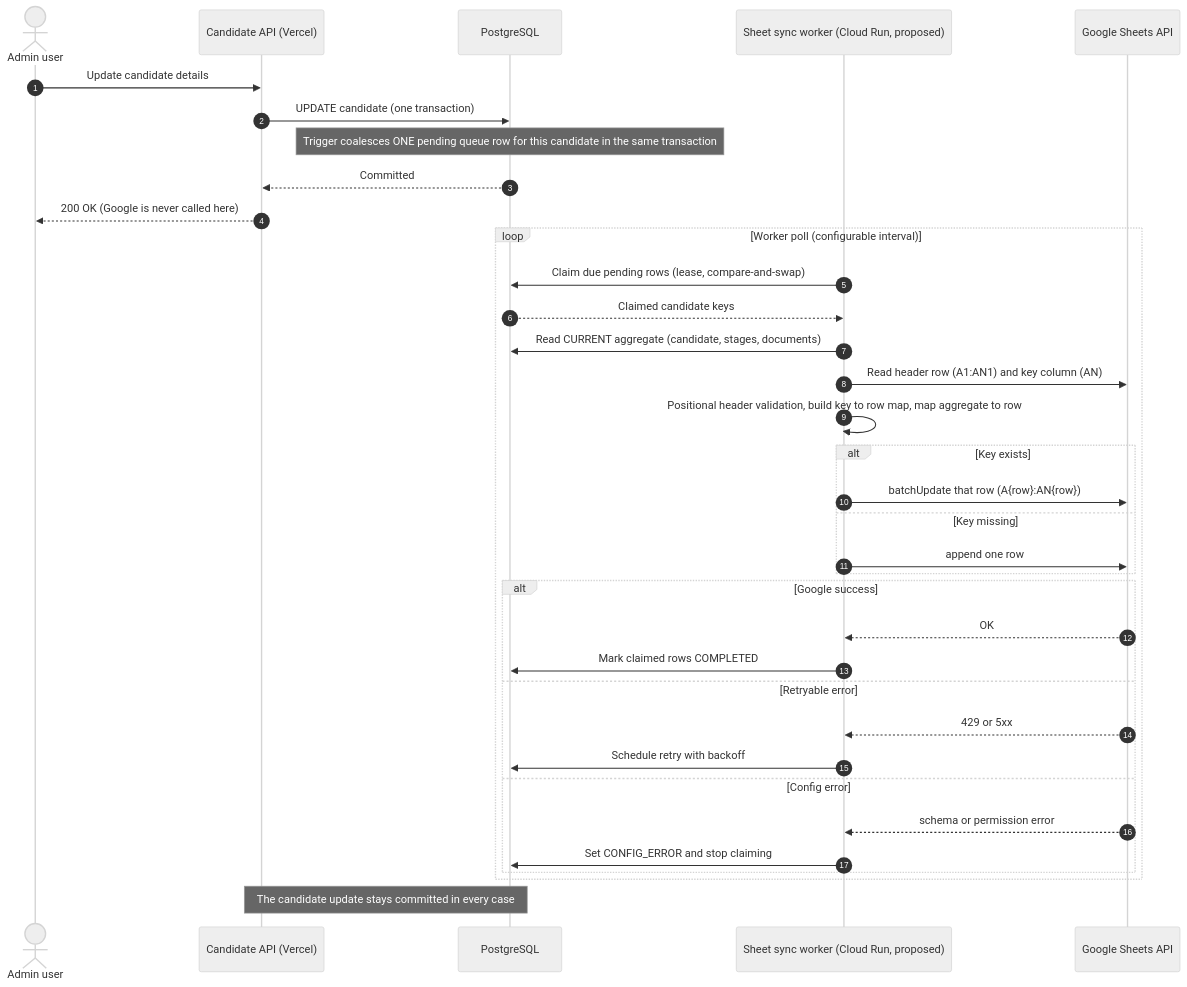
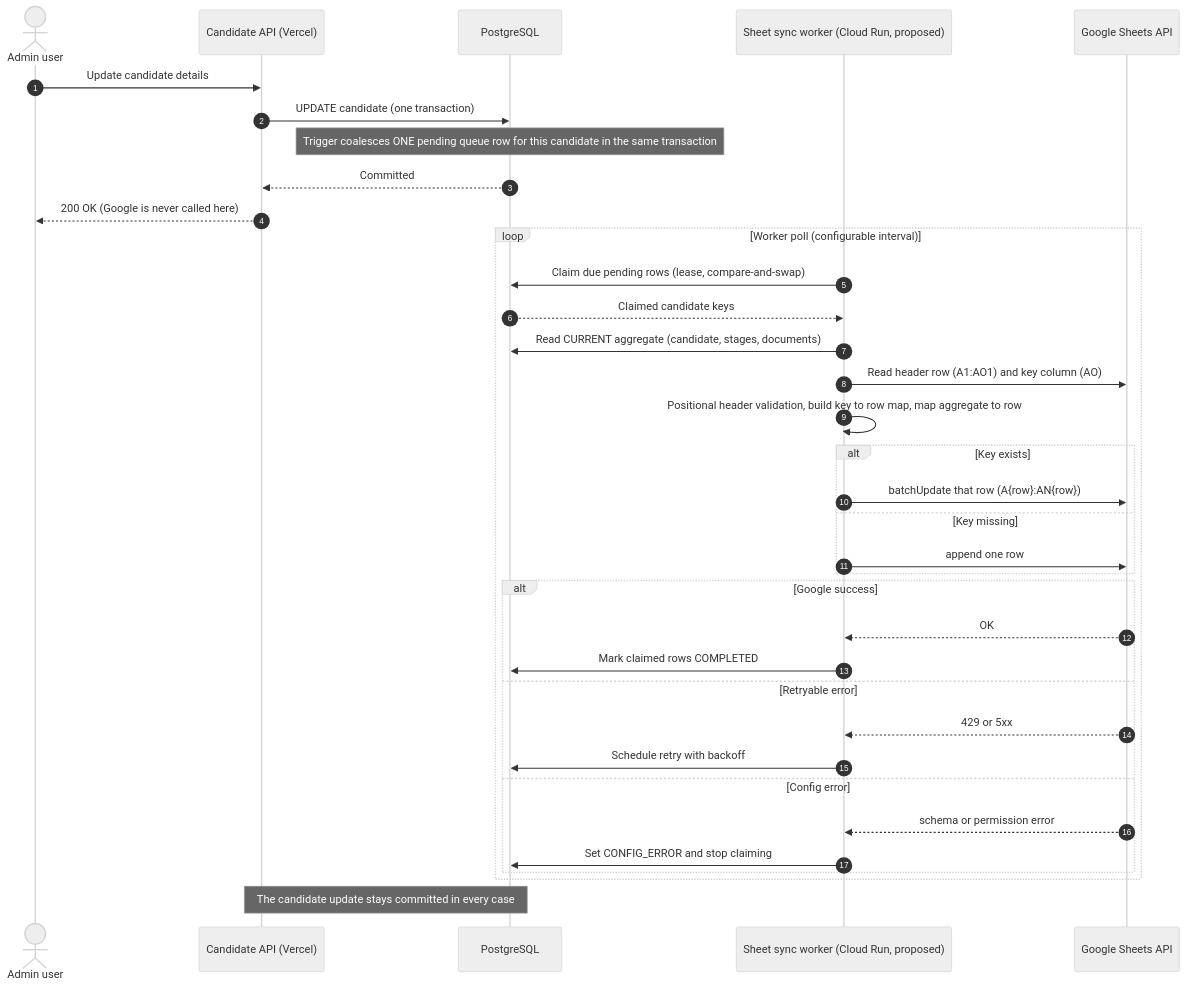
The third of 11 diagrams in Docs/GOOGLE_SHEET_CANDIDATE_SYNC_ARCHITECTURE.md (emlynk-pixel/EmlynkWABot), drawn with Mermaid (neutral theme) before and after one commit. The commit also changed other lines of this file and 33 other files, not shown here.

Commit message:
feat(admin): update candidate progress and registration flow

````diff
--- a/Docs/GOOGLE_SHEET_CANDIDATE_SYNC_ARCHITECTURE.md
+++ b/Docs/GOOGLE_SHEET_CANDIDATE_SYNC_ARCHITECTURE.md
@@ -539,39 +546,39 @@
 ```mermaid
 sequenceDiagram
     autonumber
     actor Admin as Admin user
     participant App as Candidate API (Vercel)
     participant DB as PostgreSQL
     participant Worker as Sheet sync worker (Cloud Run, proposed)
     participant G as Google Sheets API
 
     Admin->>App: Update candidate details
     App->>DB: UPDATE candidate (one transaction)
     Note over DB: Trigger coalesces ONE pending queue row for this candidate in the same transaction
     DB-->>App: Committed
     App-->>Admin: 200 OK (Google is never called here)
 
     loop Worker poll (configurable interval)
         Worker->>DB: Claim due pending rows (lease, compare-and-swap)
         DB-->>Worker: Claimed candidate keys
         Worker->>DB: Read CURRENT aggregate (candidate, stages, documents)
-        Worker->>G: Read header row (A1:AN1) and key column (AN)
+        Worker->>G: Read header row (A1:AO1) and key column (AO)
         Worker->>Worker: Positional header validation, build key to row map, map aggregate to row
         alt Key exists
             Worker->>G: batchUpdate that row (A{row}:AN{row})
         else Key missing
             Worker->>G: append one row
         end
         alt Google success
             G-->>Worker: OK
             Worker->>DB: Mark claimed rows COMPLETED
         else Retryable error
             G-->>Worker: 429 or 5xx
             Worker->>DB: Schedule retry with backoff
         else Config error
             G-->>Worker: schema or permission error
             Worker->>DB: Set CONFIG_ERROR and stop claiming
         end
     end
     Note over DB,App: The candidate update stays committed in every case
 ```
````
